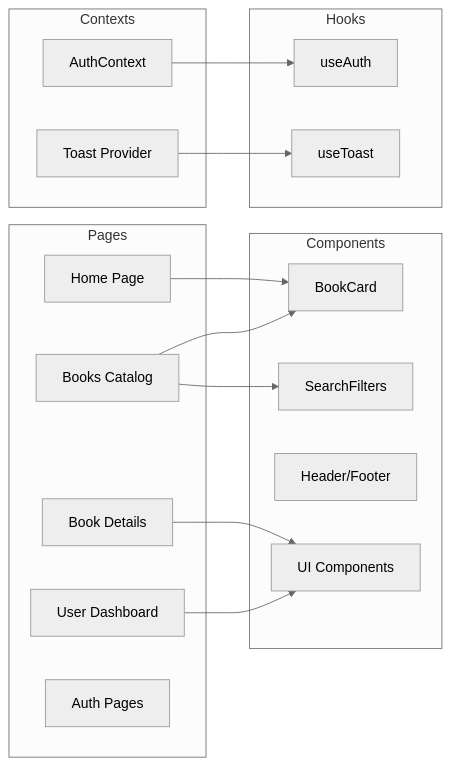
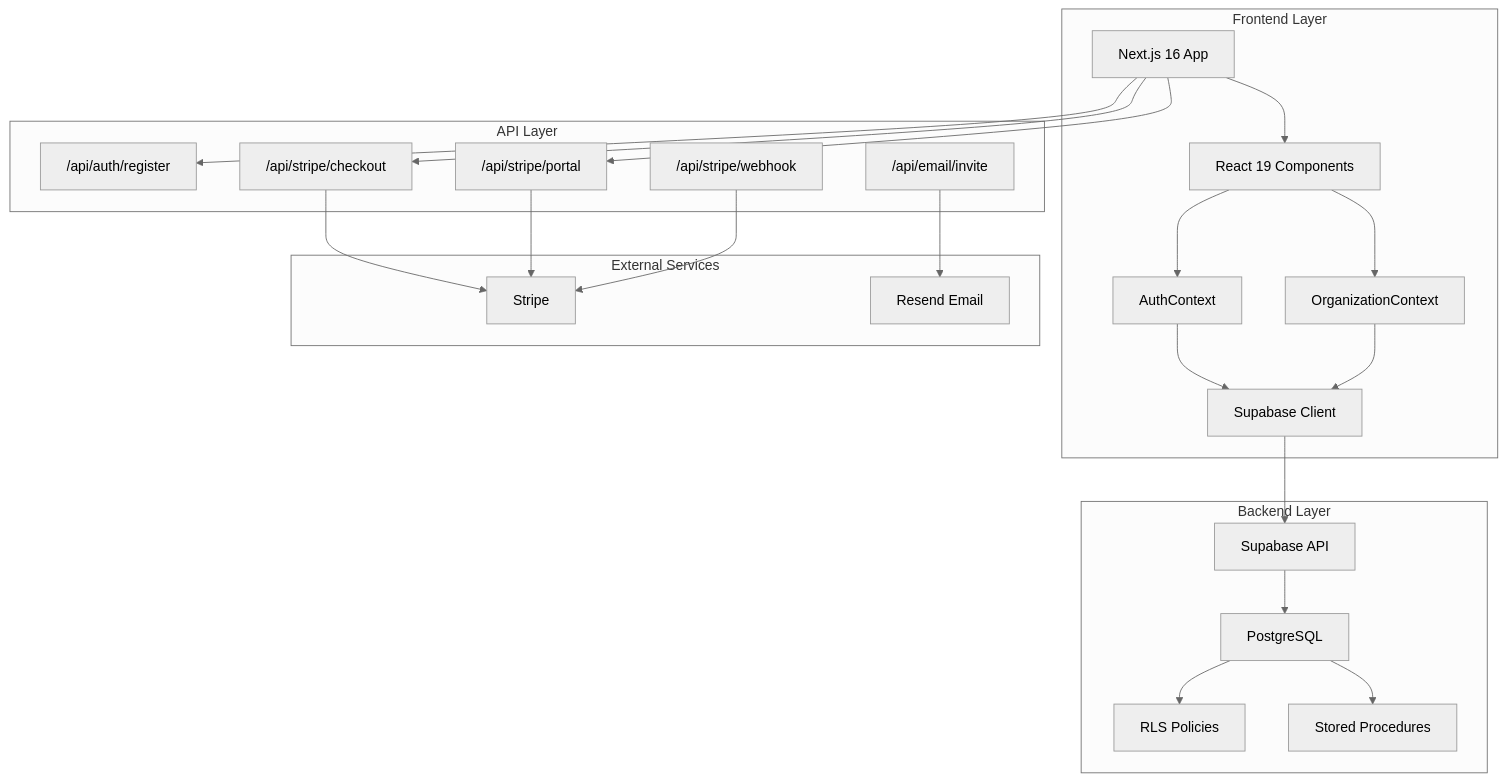
One commit to ChanMeng666/library-management-system changed the second of 6 diagrams in README.md. Above: the diagram before and after it, drawn with Mermaid (neutral theme). The commit also changed other lines of this file, not shown here.

First line of the commit message:
docs: update README.md for multi-tenant SaaS architecture

````diff
--- a/README.md
+++ b/README.md
@@ -335,35 +317,38 @@
 ```mermaid
-graph LR
-    subgraph "Pages"
-        P1[Home Page]
-        P2[Books Catalog]
-        P3[Book Details]
-        P4[User Dashboard]
-        P5[Auth Pages]
+graph TB
+    subgraph "Frontend Layer"
+        A[Next.js 16 App] --> B[React 19 Components]
+        B --> C[AuthContext]
+        B --> D[OrganizationContext]
+        C --> E[Supabase Client]
+        D --> E
     end
-    
-    subgraph "Components"
-        C1[BookCard]
-        C2[SearchFilters]
-        C3[Header/Footer]
-        C4[UI Components]
+
+    subgraph "API Layer"
+        F["/api/auth/register"]
+        G["/api/stripe/checkout"]
+        H["/api/stripe/portal"]
+        I["/api/stripe/webhook"]
+        J["/api/email/invite"]
     end
-    
-    subgraph "Contexts"
-        CT1[AuthContext]
-        CT2[Toast Provider]
+
+    subgraph "Backend Layer"
+        K[Supabase API] --> L[PostgreSQL]
+        L --> M[RLS Policies]
+        L --> N[Stored Procedures]
     end
-    
-    subgraph "Hooks"
-        H1[useAuth]
-        H2[useToast]
+
+    subgraph "External Services"
+        O[Stripe]
+        P[Resend Email]
     end
-    
-    P1 --> C1
-    P2 --> C1
-    P2 --> C2
-    P3 --> C4
-    P4 --> C4
-    CT1 --> H1
-    CT2 --> H2
+
+    E --> K
+    A --> F
+    A --> G
+    A --> H
+    G --> O
+    H --> O
+    I --> O
+    J --> P
 ```
````
